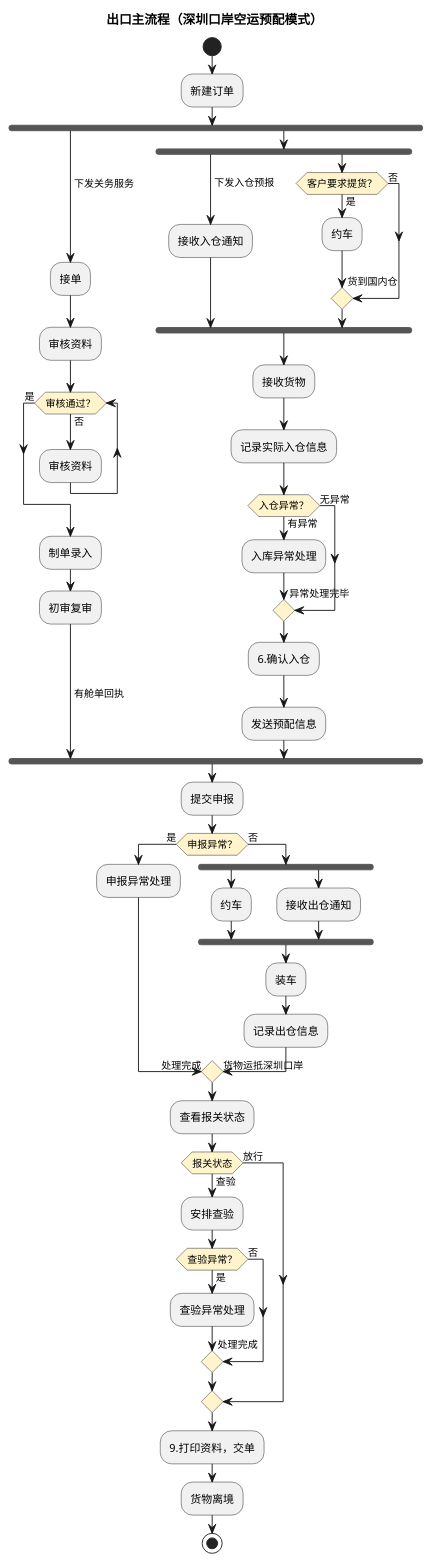
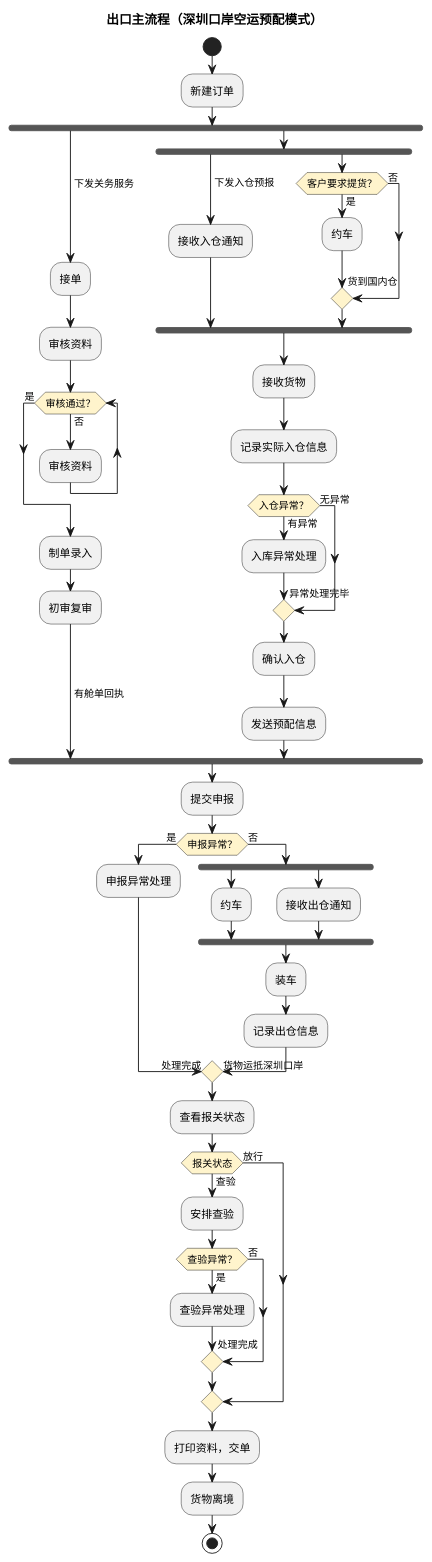
Diagram 11 of 11 in product-caliber/goldjet/segmented-prd/mainflow/PRD.高捷物流系统一期.主流程.03.普货进出口关务详细流程.md (jack888332/projects-doc), drawn with PlantUML before and after one commit. The commit also changed other lines of this file and 24 other files, not shown here.

````diff
--- a/product-caliber/goldjet/segmented-prd/mainflow/PRD.高捷物流系统一期.主流程.03.普货进出口关务详细流程.md
+++ b/product-caliber/goldjet/segmented-prd/mainflow/PRD.高捷物流系统一期.主流程.03.普货进出口关务详细流程.md
@@ -419,66 +418,66 @@
 ```plantuml
 @startuml
 skinparam activityDiamondBackgroundColor #FFF4CC
 title 出口主流程（深圳口岸空运预配模式）
 start
 :新建订单;
 fork
   -> 下发关务服务;
   :接单;
   :审核资料;
   while (审核通过？) is (否)
     :审核资料;
   endwhile (是)
   :制单录入;
   :初审复审;
   -> 有舱单回执;
 fork again
   fork
     -> 下发入仓预报;
     :接收入仓通知;
   fork again
     if (客户要求提货？) then (是)
       :约车;
       -> 货到国内仓;
     else (否)
     endif
   end fork
   :接收货物;
   :记录实际入仓信息;
   if (入仓异常？) then (有异常)
     :入库异常处理;
     -> 异常处理完毕;
   else (无异常)
   endif
-  :6.确认入仓;
+  :确认入仓;
   :发送预配信息;
 end fork
 :提交申报;
 if (申报异常？) then (是)
   :申报异常处理;
   -> 处理完成;
 else (否)
   fork
     :约车;
   fork again
     :接收出仓通知;
   end fork
   :装车;
   :记录出仓信息;
   -> 货物运抵深圳口岸;
 endif
 :查看报关状态;
 if (报关状态) then (查验)
   :安排查验;
   if (查验异常？) then (是)
     :查验异常处理;
     -> 处理完成;
   else (否)
   endif
 else (放行)
 endif
-:9.打印资料，交单;
+:打印资料，交单;
 :货物离境;
 stop
 @enduml
 ```
````
